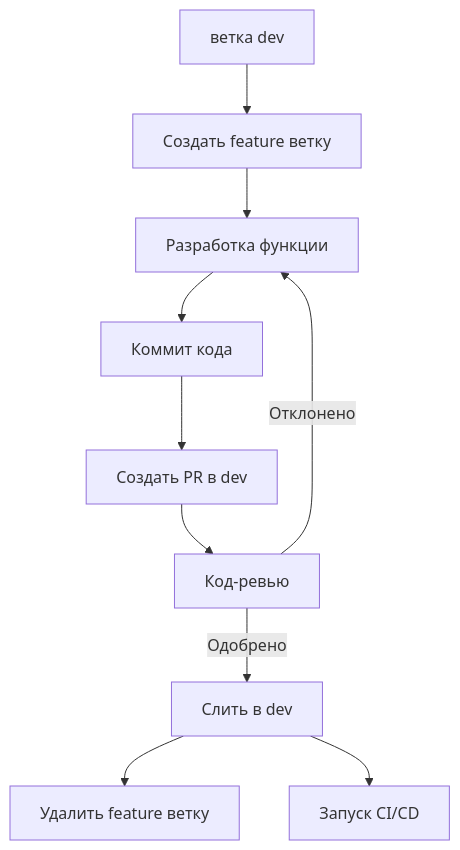
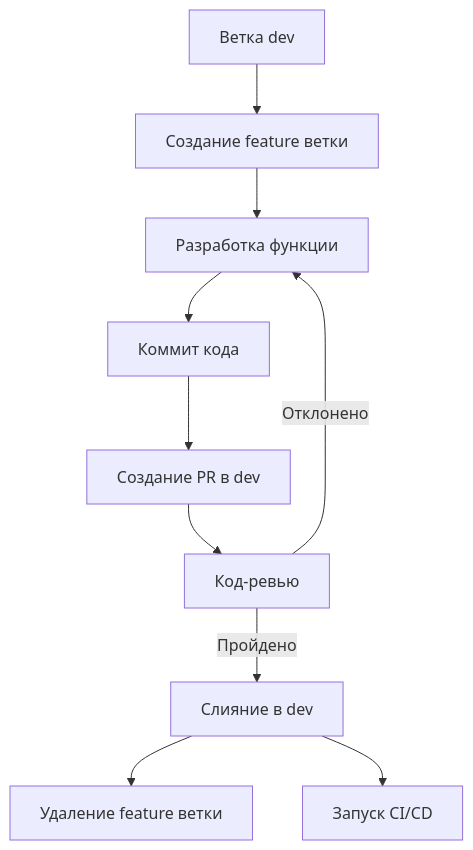
The first of 3 diagrams in docs/src/ru/dev/branch-maintenance-guide.md (ChenXu233/YaoXiang), drawn with Mermaid before and after one commit. The commit also changed other lines of this file and 358 other files, not shown here.

````diff
--- a/docs/src/ru/dev/branch-maintenance-guide.md
+++ b/docs/src/ru/dev/branch-maintenance-guide.md
@@ -152,12 +152,12 @@
 ```mermaid
 graph TD
-    A[ветка dev] --> B[Создать feature ветку]
+    A[Ветка dev] --> B[Создание feature ветки]
     B --> C[Разработка функции]
     C --> D[Коммит кода]
-    D --> E[Создать PR в dev]
+    D --> E[Создание PR в dev]
     E --> F[Код-ревью]
-    F -->|Одобрено| G[Слить в dev]
+    F -->|Пройдено| G[Слияние в dev]
     F -->|Отклонено| C
-    G --> H[Удалить feature ветку]
+    G --> H[Удаление feature ветки]
     G --> I[Запуск CI/CD]
 ```
````
